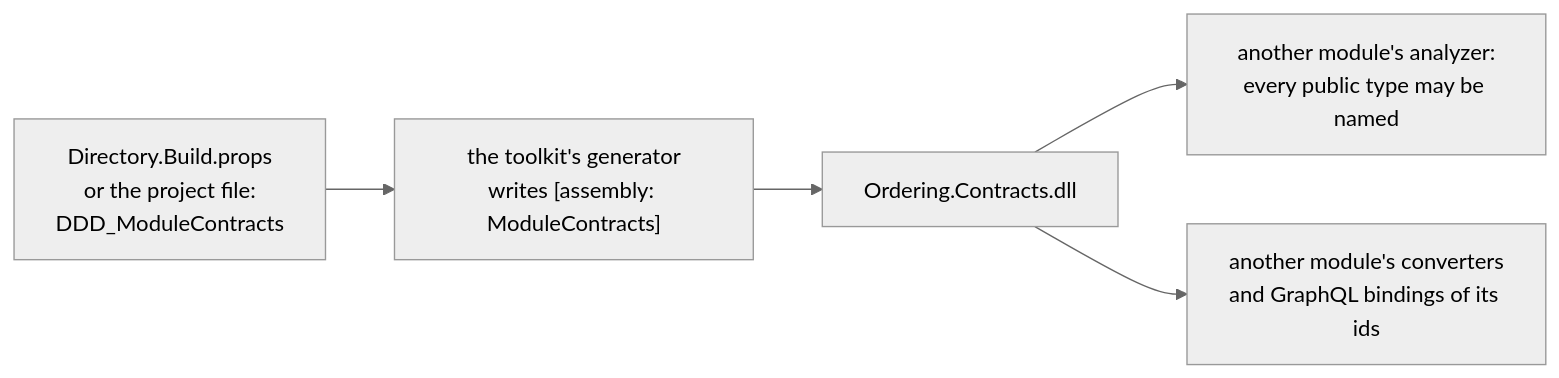
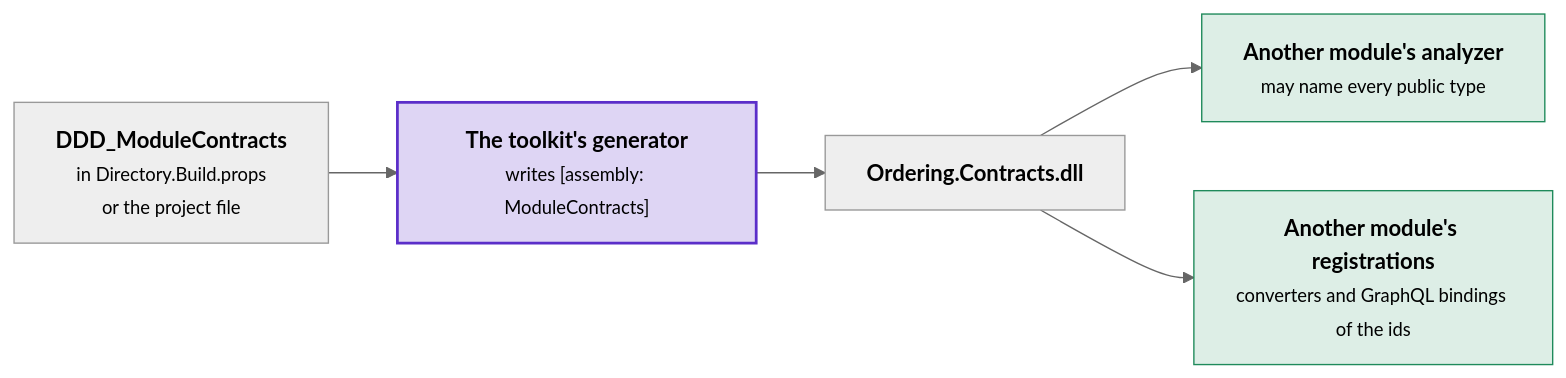
One commit to DylanSnel/DDDToolkit changed the fourth of 5 diagrams in docs/modules.md. Above: the diagram before and after it, drawn with Mermaid (neutral theme). The commit also changed other lines of this file and 41 other files, not shown here.

First line of the commit message:
Docs: plain prose, one word per concept, and readable diagrams on every page

````diff
--- a/docs/modules.md
+++ b/docs/modules.md
@@ -502,7 +556,16 @@
 ```mermaid
 flowchart LR
-    Props["Directory.Build.props<br/>or the project file:<br/>DDD_ModuleContracts"] --> Generator["the toolkit's generator<br/>writes [assembly: ModuleContracts]"]
-    Generator --> Dll["Ordering.Contracts.dll"]
-    Dll --> Analyzer["another module's analyzer:<br/>every public type may be named"]
-    Dll --> Registrations["another module's converters<br/>and GraphQL bindings of its ids"]
+    props["<b>DDD_ModuleContracts</b><br/><small>in Directory.Build.props<br/>or the project file</small>"]
+    generator["<b>The toolkit's generator</b><br/><small>writes [assembly: ModuleContracts]</small>"]
+    dll["<b>Ordering.Contracts.dll</b>"]
+    analyzer["<b>Another module's analyzer</b><br/><small>may name every public type</small>"]
+    registrations["<b>Another module's registrations</b><br/><small>converters and GraphQL bindings of the ids</small>"]
+    props --> generator
+    generator --> dll
+    dll --> analyzer
+    dll --> registrations
+    classDef strong fill:#5b2ec933,stroke:#5b2ec9,stroke-width:2px
+    classDef good fill:#1f8a5b26,stroke:#1f8a5b
+    class generator strong
+    class analyzer,registrations good
 ```
````
